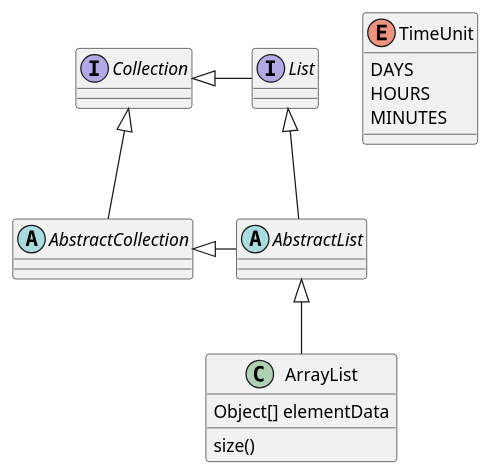
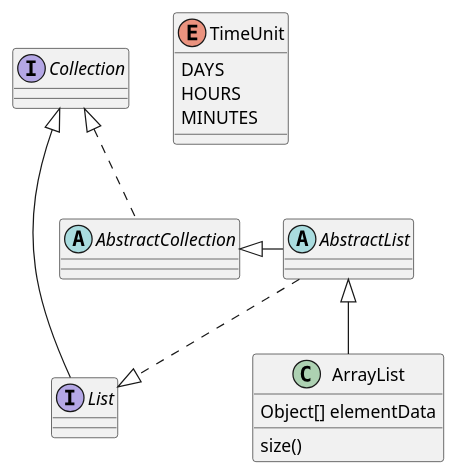
One commit to Aleks-Ya/yaal_examples changed the diagram in Documentation+/PlantUml/class/class_diagram.puml. Above: the diagram before and after it, drawn with PlantUML.

Commit message:
PlantUml: add interfaces

```diff
--- a/Documentation+/PlantUml/class/class_diagram.puml
+++ b/Documentation+/PlantUml/class/class_diagram.puml
@@ -1,26 +1,26 @@
 @startuml
 
 abstract class AbstractList
 abstract AbstractCollection
 interface List
 interface Collection
 
-List <|-- AbstractList
-Collection <|-- AbstractCollection
+AbstractList ..|> List
+Collection <|.. AbstractCollection
 
 Collection <|- List
 AbstractCollection <|- AbstractList
 AbstractList <|-- ArrayList
 
 class ArrayList {
     Object[] elementData
     size()
 }
 
 enum TimeUnit {
     DAYS
     HOURS
     MINUTES
 }
 
 @enduml
```
